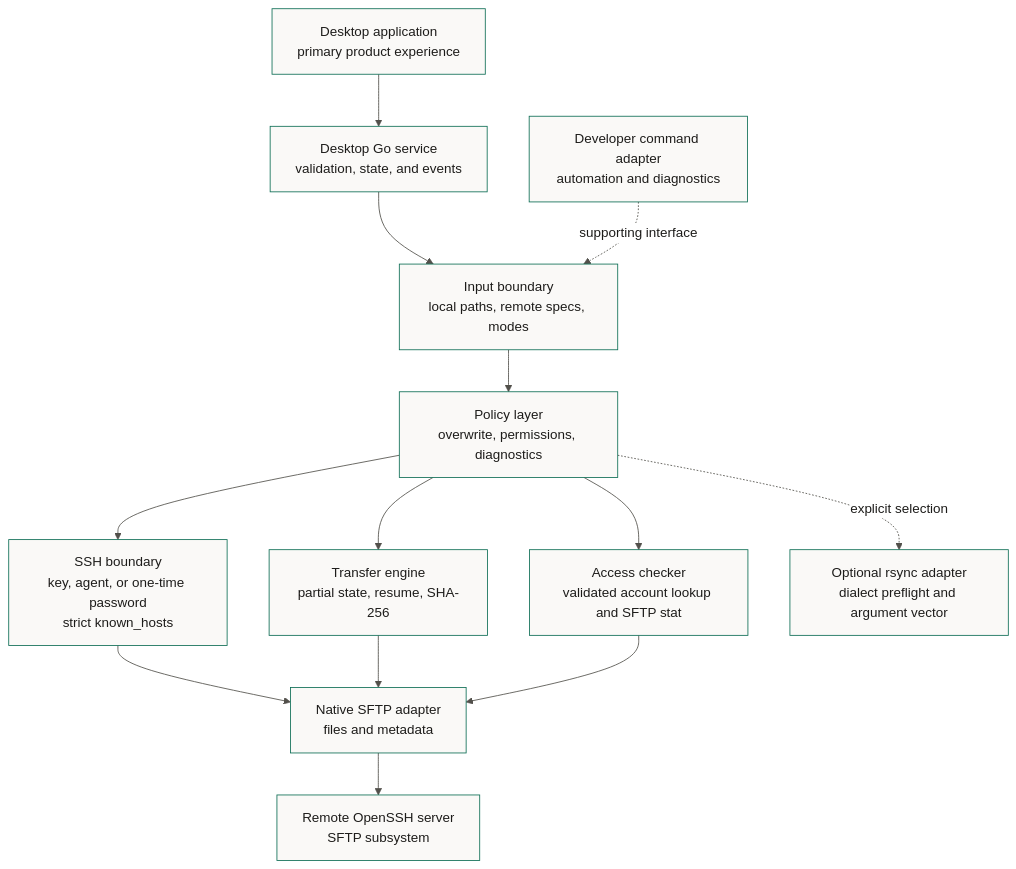
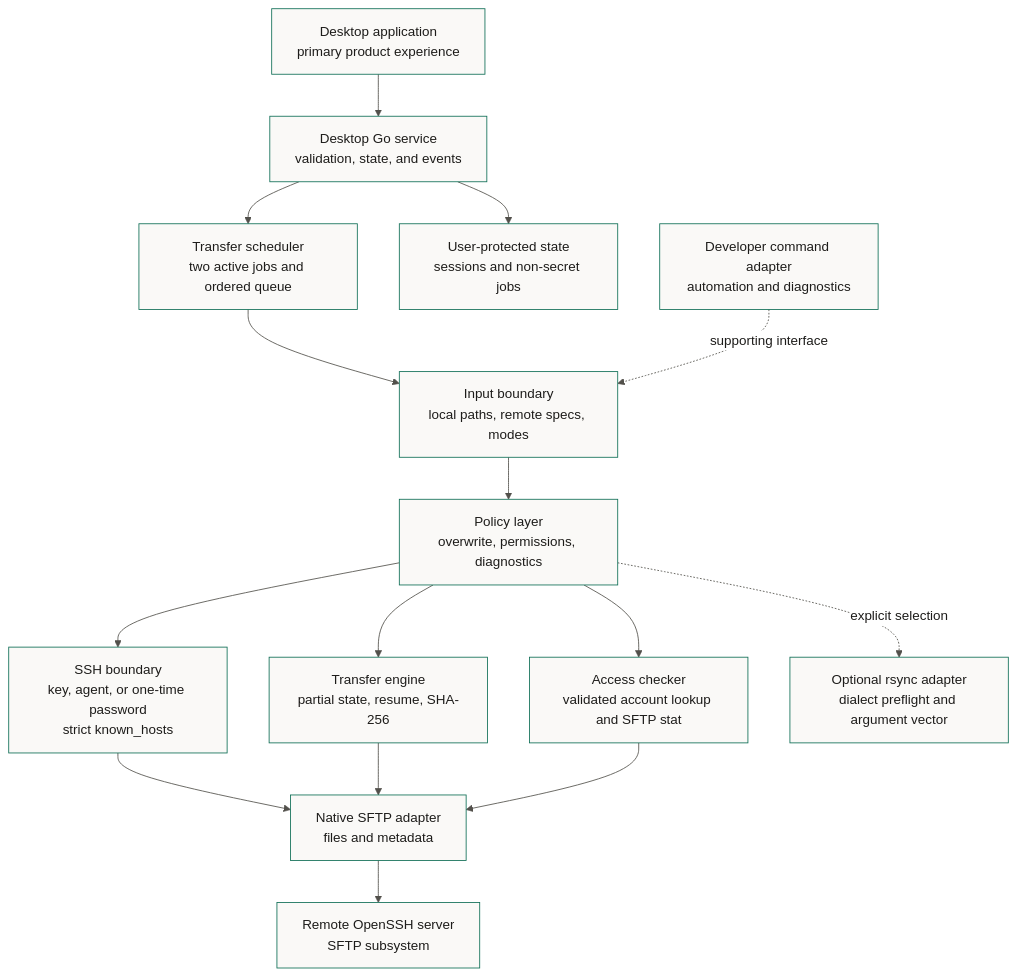
Before and after one commit to bashatahamal/vericopy: the first of 2 diagrams in docs/architecture.md, drawn with Mermaid. The commit also changed other lines of this file and 19 other files, not shown here.

First line of the commit message:
feat(desktop): add transfer manager

````diff
--- a/docs/architecture.md
+++ b/docs/architecture.md
@@ -14,34 +14,38 @@
 ```mermaid
 ---
 config:
   theme: base
   themeVariables:
     primaryColor: '#faf9f7'
     primaryTextColor: '#1d1c1a'
     primaryBorderColor: '#0e6e55'
     lineColor: '#52504b'
     secondaryColor: '#ffffff'
     tertiaryColor: '#e6e3dc'
     clusterBkg: '#ffffff'
     clusterBorder: '#a16f0b'
 ---
 flowchart TB
     Desktop["Desktop application<br>primary product experience"]
     Service["Desktop Go service<br>validation, state, and events"]
+    Queue["Transfer scheduler<br>two active jobs and ordered queue"]
+    State["User-protected state<br>sessions and non-secret jobs"]
     Automation["Developer command adapter<br>automation and diagnostics"]
     Parse["Input boundary<br>local paths, remote specs, modes"]
     Policy["Policy layer<br>overwrite, permissions, diagnostics"]
     SSH["SSH boundary<br>key, agent, or one-time password<br>strict known_hosts"]
     Engine["Transfer engine<br>partial state, resume, SHA-256"]
     SFTP["Native SFTP adapter<br>files and metadata"]
     Access["Access checker<br>validated account lookup and SFTP stat"]
     Rsync["Optional rsync adapter<br>dialect preflight and argument vector"]
     Remote["Remote OpenSSH server<br>SFTP subsystem"]
 
-    Desktop --> Service --> Parse --> Policy
+    Desktop --> Service
+    Service --> State
+    Service --> Queue --> Parse --> Policy
     Automation -. supporting interface .-> Parse
     Policy --> SSH --> SFTP --> Remote
     Policy --> Engine --> SFTP
     Policy --> Access --> SFTP
     Policy -. explicit selection .-> Rsync
 ```
````
